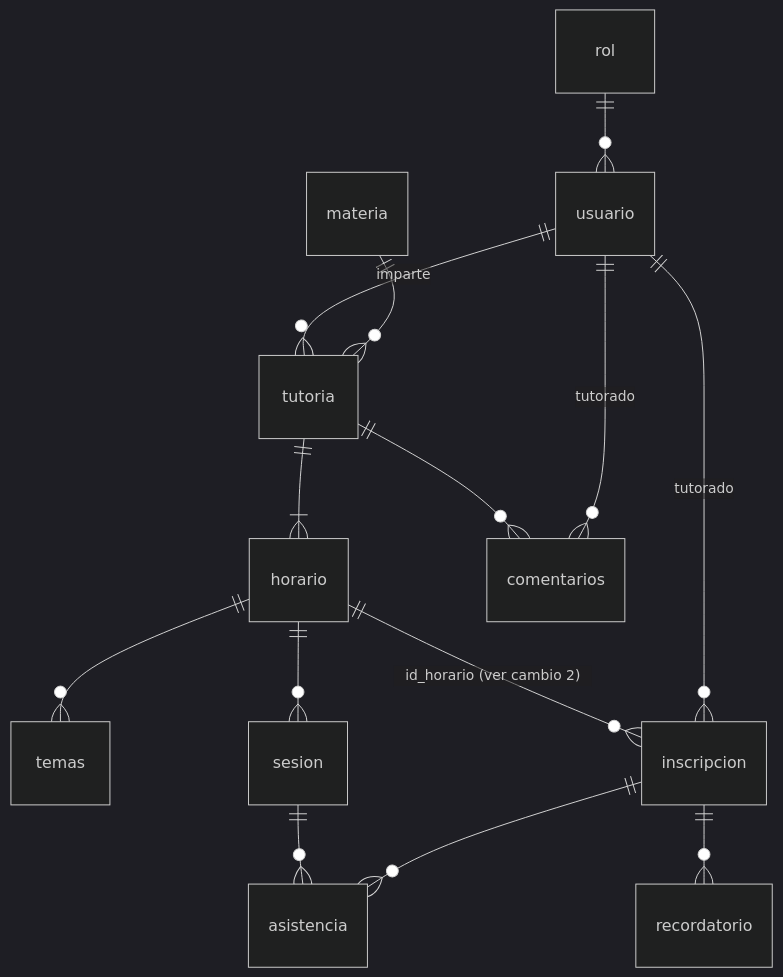
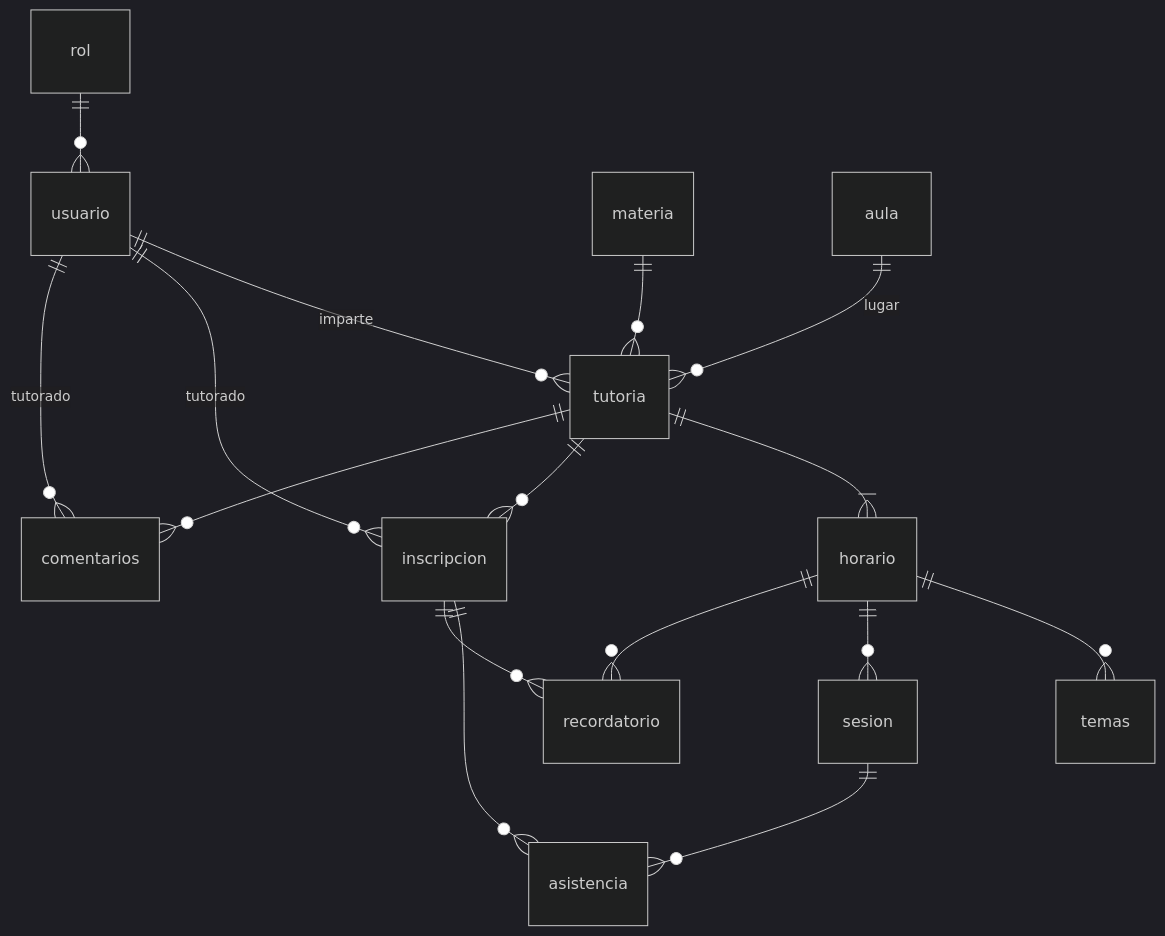
One commit to Shtven/TutoriasBackend changed the diagram in docs/MODELO_DE_DATOS.md. Above: the diagram before and after it, drawn with Mermaid (dark theme). The commit also changed other lines of this file and 6 other files, not shown here.

````diff
--- a/docs/MODELO_DE_DATOS.md
+++ b/docs/MODELO_DE_DATOS.md
@@ -21,16 +43,18 @@
 ```mermaid
 erDiagram
     rol ||--o{ usuario : ""
     usuario ||--o{ tutoria : "imparte"
     materia ||--o{ tutoria : ""
+    aula ||--o{ tutoria : "lugar"
     tutoria ||--|{ horario : ""
     horario ||--o{ temas : ""
     horario ||--o{ sesion : ""
-    horario ||--o{ inscripcion : "id_horario (ver cambio 2)"
+    tutoria ||--o{ inscripcion : ""
     usuario ||--o{ inscripcion : "tutorado"
     sesion ||--o{ asistencia : ""
     inscripcion ||--o{ asistencia : ""
     inscripcion ||--o{ recordatorio : ""
+    horario ||--o{ recordatorio : ""
     tutoria ||--o{ comentarios : ""
     usuario ||--o{ comentarios : "tutorado"
 ```
````
